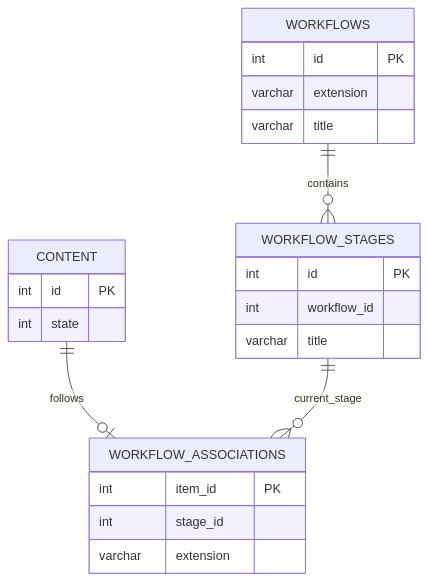
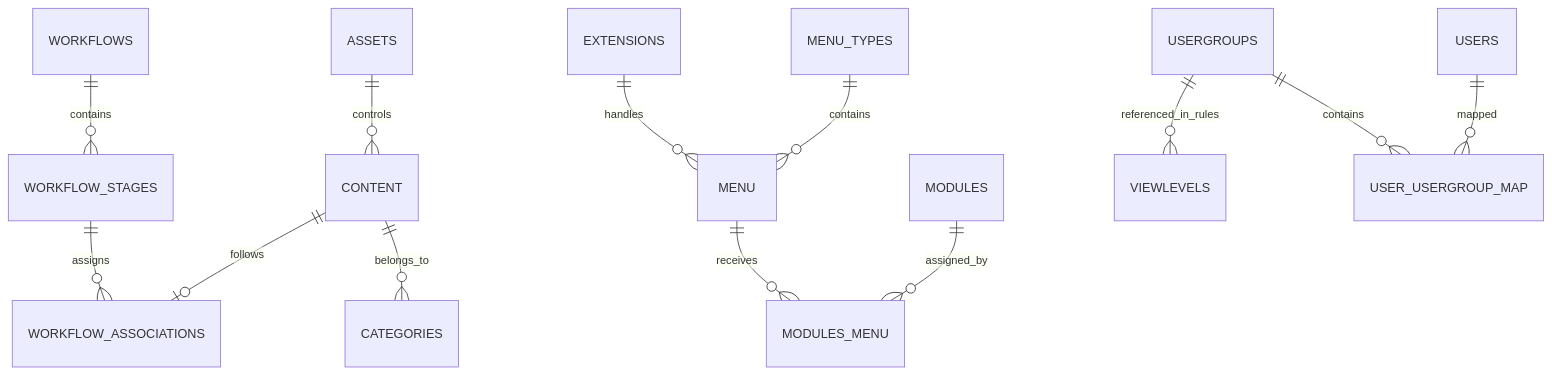
One commit to duyduyly/php-notebook changed the diagram in docs/joomla/learning/database/joomla3-vs-joomla6-database-gap.md. Above: the diagram before and after it, drawn with Mermaid. The commit also changed other lines of this file, not shown here.

````diff
--- a/docs/joomla/learning/database/joomla3-vs-joomla6-database-gap.md
+++ b/docs/joomla/learning/database/joomla3-vs-joomla6-database-gap.md
@@ -107,29 +178,17 @@
 ```mermaid
 erDiagram
-    CONTENT {
-        int id PK
-        int state
-    }
+    CONTENT ||--o{ CATEGORIES : belongs_to
+    CONTENT ||--o| WORKFLOW_ASSOCIATIONS : follows
+    WORKFLOW_STAGES ||--o{ WORKFLOW_ASSOCIATIONS : assigns
+    WORKFLOWS ||--o{ WORKFLOW_STAGES : contains
 
-    WORKFLOW_ASSOCIATIONS {
-        int item_id PK
-        int stage_id
-        varchar extension
-    }
+    MENU_TYPES ||--o{ MENU : contains
+    EXTENSIONS ||--o{ MENU : handles
+    MODULES ||--o{ MODULES_MENU : assigned_by
+    MENU ||--o{ MODULES_MENU : receives
 
-    WORKFLOW_STAGES {
-        int id PK
-        int workflow_id
-        varchar title
-    }
-
-    WORKFLOWS {
-        int id PK
-        varchar extension
-        varchar title
-    }
-
-    CONTENT ||--o| WORKFLOW_ASSOCIATIONS : follows
-    WORKFLOW_STAGES ||--o{ WORKFLOW_ASSOCIATIONS : current_stage
-    WORKFLOWS ||--o{ WORKFLOW_STAGES : contains
+    USERS ||--o{ USER_USERGROUP_MAP : mapped
+    USERGROUPS ||--o{ USER_USERGROUP_MAP : contains
+    USERGROUPS ||--o{ VIEWLEVELS : referenced_in_rules
+    ASSETS ||--o{ CONTENT : controls
 ```
````
